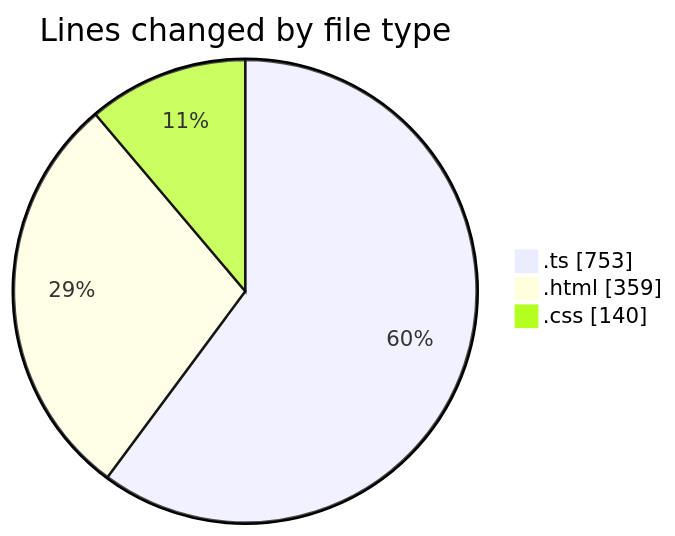
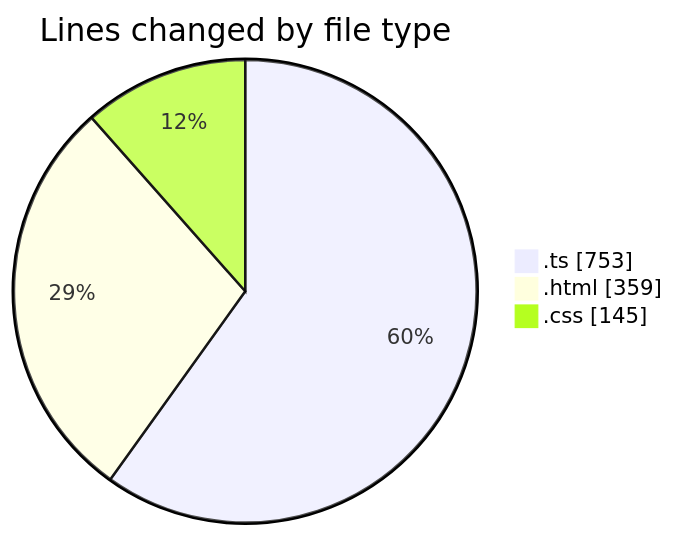
One commit to igalym/code-tracking changed the first of 2 diagrams in 2026-01-05/budget_front_nest/README.md. Above: the diagram before and after it, drawn with Mermaid. The commit also changed other lines of this file and 1 other file, not shown here.

````diff
--- a/2026-01-05/budget_front_nest/README.md
+++ b/2026-01-05/budget_front_nest/README.md
@@ -24,7 +24,7 @@
 ```mermaid
 pie showData
 title Lines changed by file type
 ".ts" : 753
 ".html" : 359
-".css" : 140
+".css" : 145
 ```
````
